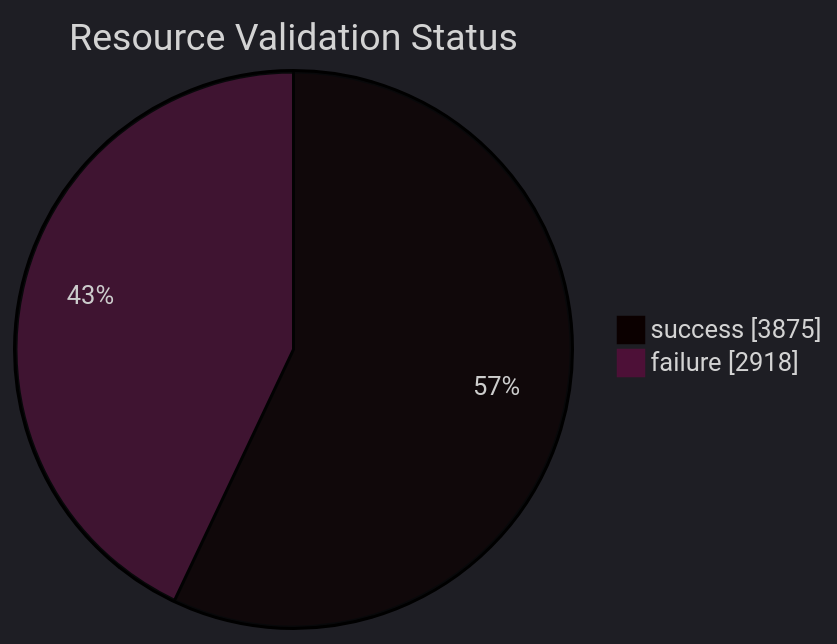
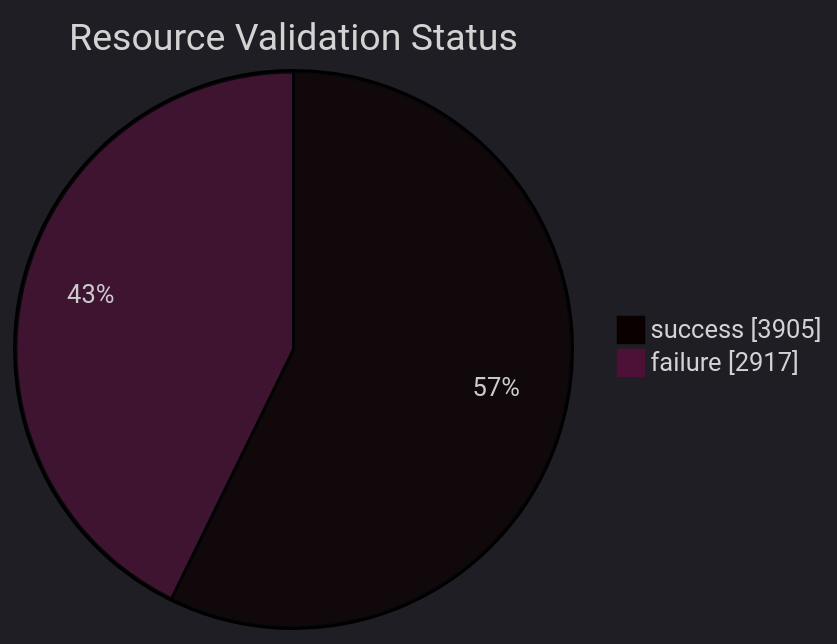
Before and after one commit to open-data/analytics-corporate-reporting: the diagram in datastore_tracker/resource_validation_status_pie_chart.md, drawn with Mermaid. The commit also changed 9 other files, not shown here.

````diff
--- a/datastore_tracker/resource_validation_status_pie_chart.md
+++ b/datastore_tracker/resource_validation_status_pie_chart.md
@@ -2,9 +2,9 @@
 ```mermaid
 ---
 config:
   theme: dark
 ---
 pie showData title Resource Validation Status
-    "success": 3875
-    "failure": 2918
+    "success": 3905
+    "failure": 2917
 ```
````
